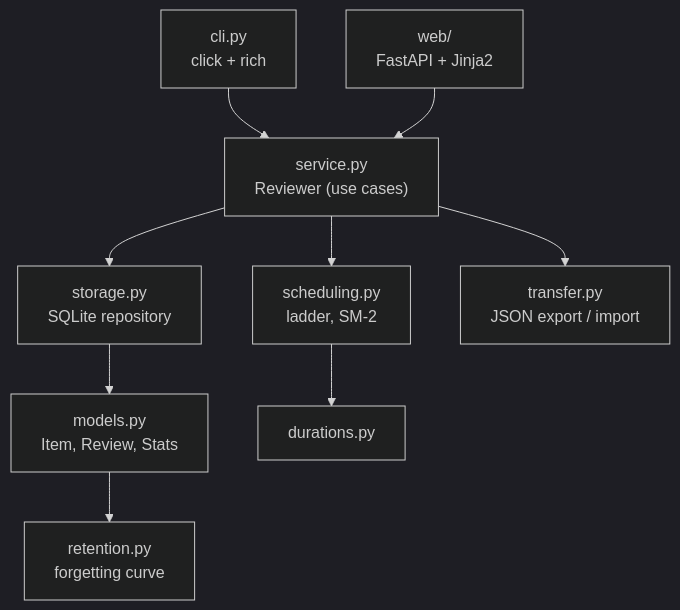
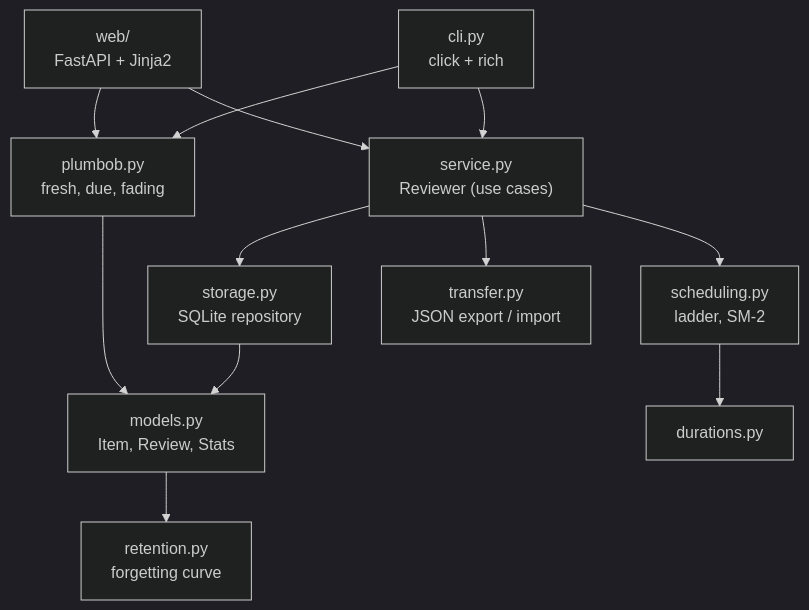
The diagram in docs/architecture.md (jumincho/ebbinghaus-reviewer), drawn with Mermaid (dark theme) before and after one commit. The commit also changed other lines of this file and 24 other files, not shown here.

````diff
--- a/docs/architecture.md
+++ b/docs/architecture.md
@@ -8,11 +8,14 @@
 ```mermaid
 flowchart TD
     cli["cli.py<br/>click + rich"] --> service
     web["web/<br/>FastAPI + Jinja2"] --> service
     service["service.py<br/>Reviewer (use cases)"] --> storage["storage.py<br/>SQLite repository"]
     service --> scheduling["scheduling.py<br/>ladder, SM-2"]
     service --> transfer["transfer.py<br/>JSON export / import"]
     storage --> models["models.py<br/>Item, Review, Stats"]
     models --> retention["retention.py<br/>forgetting curve"]
     scheduling --> durations["durations.py"]
+    cli --> plumbob["plumbob.py<br/>fresh, due, fading"]
+    web --> plumbob
+    plumbob --> models
 ```
````
